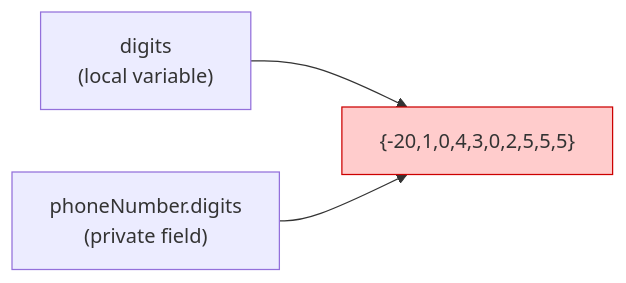
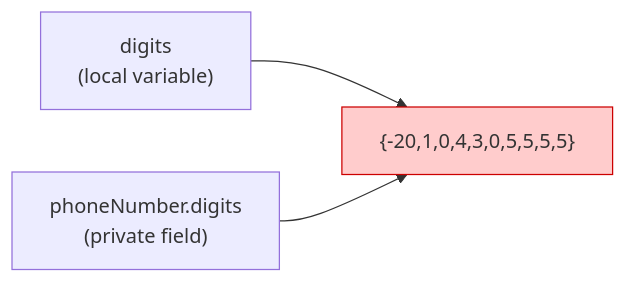
Before and after one commit to neu-pdi/cs3100-public-resources: the second of 4 diagrams in lecture-slides/l6-immutability-abstraction.mdx, drawn with Mermaid. The commit also changed other lines of this file, not shown here.

````diff
--- a/lecture-slides/l6-immutability-abstraction.mdx
+++ b/lecture-slides/l6-immutability-abstraction.mdx
@@ -1257,11 +1257,11 @@
 ```mermaid
 flowchart LR
     digits["digits<br/>(local variable)"]
     field["phoneNumber.digits<br/>(private field)"]
-    array["{-20,1,0,4,3,0,2,5,5,5}"]
+    array["{-20,1,0,4,3,0,5,5,5,5}"]
 
     digits --> array
     field --> array
 
     style array fill:#ffcccc,stroke:#c00
 ```
````
